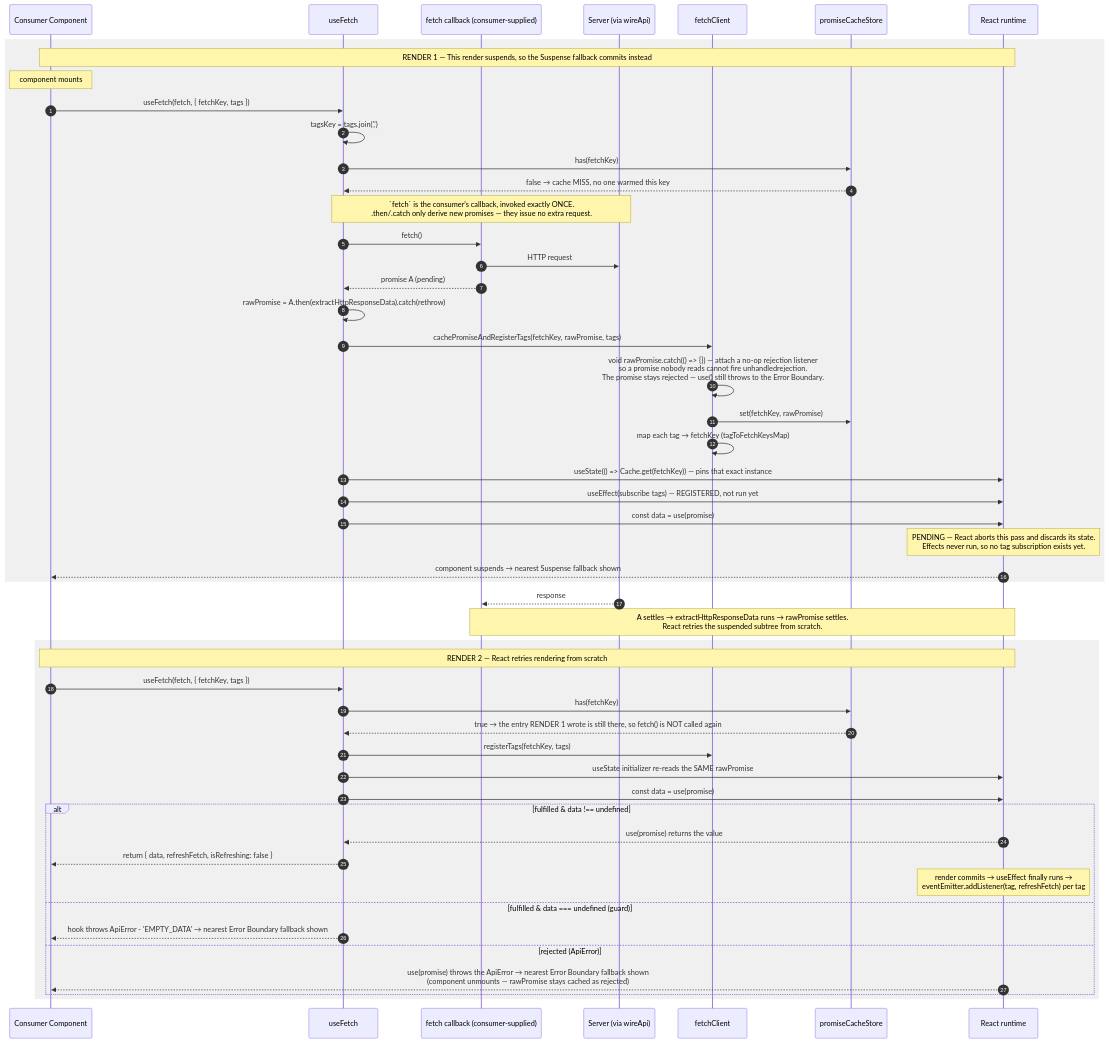
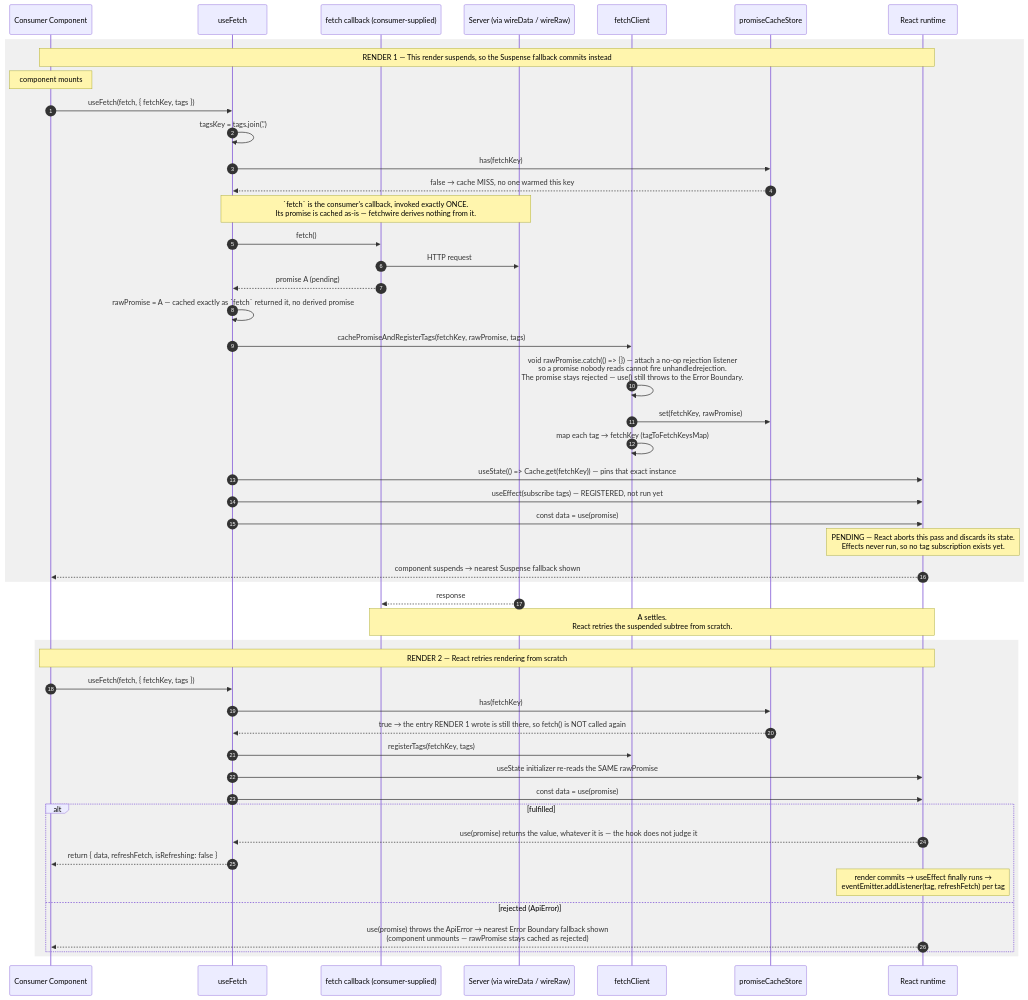
One commit to chuhaiphu/fetchwire changed the third of 4 diagrams in docs/architecture/USE-FETCH-FLOW.md. Above: the diagram before and after it, drawn with Mermaid. The commit also changed other lines of this file and 18 other files, not shown here.

First line of the commit message:
refactor: update mutation and fetch hooks to return raw data instead of HttpResponse

````diff
--- a/docs/architecture/USE-FETCH-FLOW.md
+++ b/docs/architecture/USE-FETCH-FLOW.md
@@ -103,61 +99,59 @@
 ```mermaid
 sequenceDiagram
     autonumber
     participant Cmp as Consumer Component
     participant H as useFetch
     participant Fn as fetch callback (consumer-supplied)
-    participant API as Server (via wireApi)
+    participant API as Server (via wireData / wireRaw)
     participant FC as fetchClient
     participant Cache as promiseCacheStore
     participant React as React runtime
 
     rect rgba(128,128,128,0.12)
         Note over Cmp,React: RENDER 1 — This render suspends, so the Suspense fallback commits instead
         Note over Cmp: component mounts
         Cmp->>H: useFetch(fetch, { fetchKey, tags })
         H->>H: tagsKey = tags.join(',')
         H->>Cache: has(fetchKey)
         Cache-->>H: false → cache MISS, no one warmed this key
 
-        Note over H,API: `fetch` is the consumer's callback, invoked exactly ONCE.<br/>.then/.catch only derive new promises — they issue no extra request.
+        Note over H,API: `fetch` is the consumer's callback, invoked exactly ONCE.<br/>Its promise is cached as-is — fetchwire derives nothing from it.
         H->>Fn: fetch()
         Fn->>API: HTTP request
         Fn-->>H: promise A (pending)
-        H->>H: rawPromise = A.then(extractHttpResponseData).catch(rethrow)
+        H->>H: rawPromise = A — cached exactly as `fetch` returned it, no derived promise
 
         H->>FC: cachePromiseAndRegisterTags(fetchKey, rawPromise, tags)
         FC->>FC: void rawPromise.catch(() => {}) — attach a no-op rejection listener<br/>so a promise nobody reads cannot fire unhandledrejection.<br/>The promise stays rejected — use() still throws to the Error Boundary.
         FC->>Cache: set(fetchKey, rawPromise)
         FC->>FC: map each tag → fetchKey (tagToFetchKeysMap)
 
         H->>React: useState(() => Cache.get(fetchKey)) — pins that exact instance
         H->>React: useEffect(subscribe tags) — REGISTERED, not run yet
         H->>React: const data = use(promise)
 
         Note over React: PENDING — React aborts this pass and discards its state.<br/>Effects never run, so no tag subscription exists yet.
         React-->>Cmp: component suspends → nearest Suspense fallback shown
     end
 
     API-->>Fn: response
-    Note over Fn,React: A settles → extractHttpResponseData runs → rawPromise settles.<br/>React retries the suspended subtree from scratch.
+    Note over Fn,React: A settles.<br/>React retries the suspended subtree from scratch.
 
     rect rgba(128,128,128,0.12)
         Note over Cmp,React: RENDER 2 — React retries rendering from scratch
         Cmp->>H: useFetch(fetch, { fetchKey, tags })
         H->>Cache: has(fetchKey)
         Cache-->>H: true → the entry RENDER 1 wrote is still there, so fetch() is NOT called again
         H->>FC: registerTags(fetchKey, tags)
         H->>React: useState initializer re-reads the SAME rawPromise
         H->>React: const data = use(promise)
 
-        alt fulfilled & data !== undefined
-            React-->>H: use(promise) returns the value
+        alt fulfilled
+            React-->>H: use(promise) returns the value, whatever it is — the hook does not judge it
             H-->>Cmp: return { data, refreshFetch, isRefreshing: false }
             Note over React: render commits → useEffect finally runs →<br/>eventEmitter.addListener(tag, refreshFetch) per tag
-        else fulfilled & data === undefined (guard)
-            H-->>Cmp: hook throws ApiError - 'EMPTY_DATA' → nearest Error Boundary fallback shown
         else rejected (ApiError)
             React-->>Cmp: use(promise) throws the ApiError → nearest Error Boundary fallback shown<br/>(component unmounts — rawPromise stays cached as rejected)
         end
     end
 ```
````
